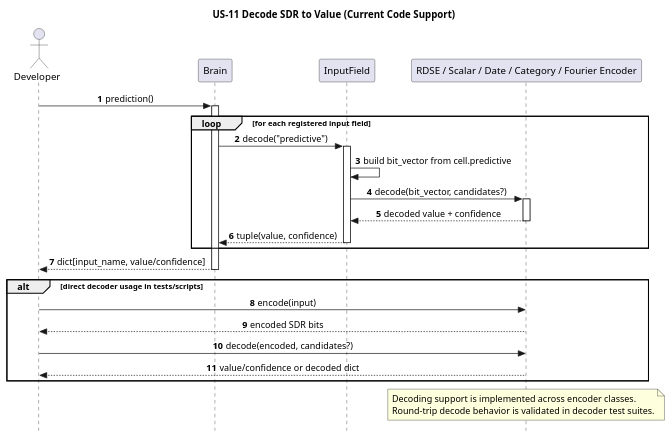
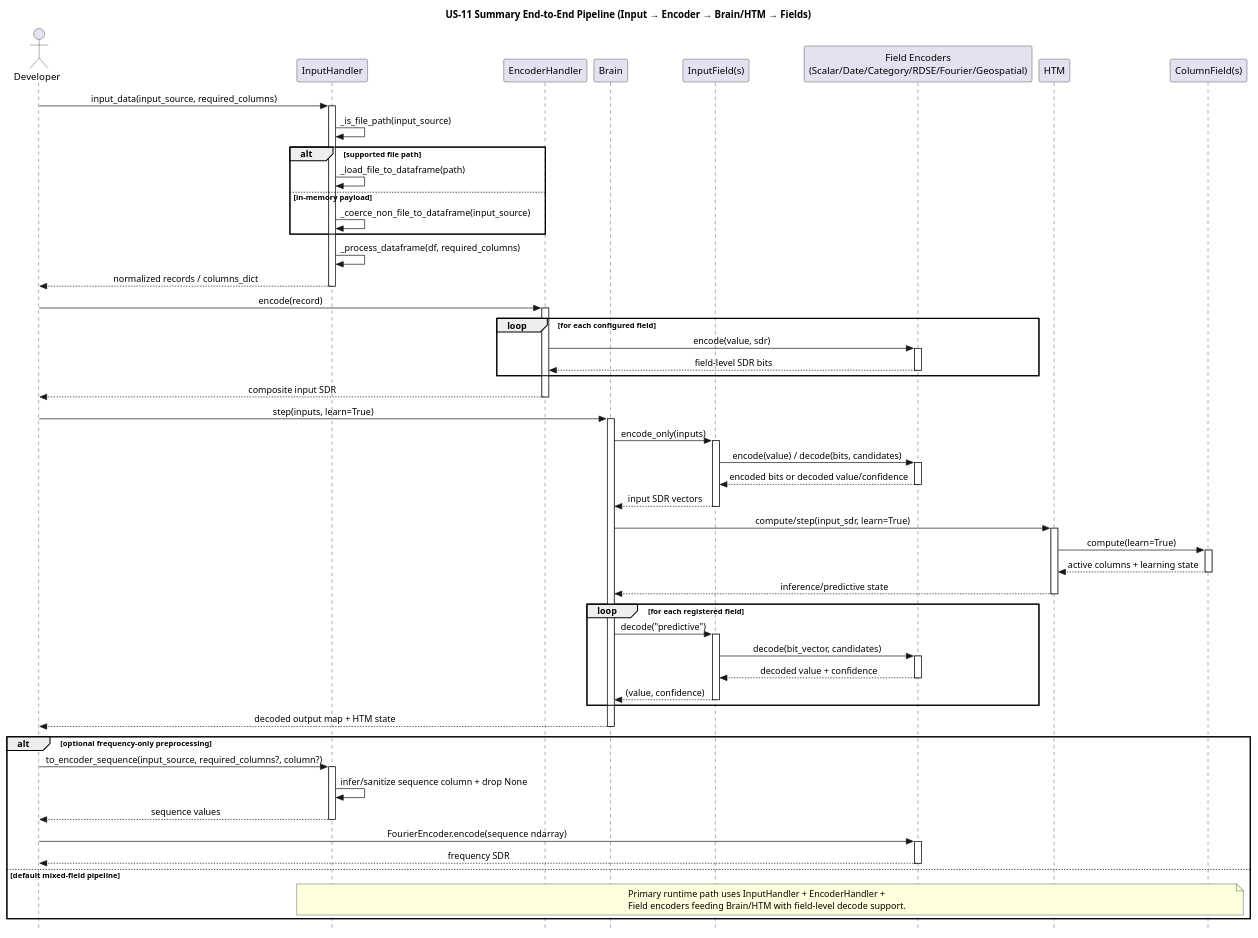
The diagram in docs/puml/US/us-11.puml (egrembocki/htmrl), drawn with PlantUML before and after one commit. The commit also changed 2 other files, not shown here.

Commit message:
updated uml

```diff
--- a/docs/puml/US/us-11.puml
+++ b/docs/puml/US/us-11.puml
@@ -1,41 +1,91 @@
 @startuml
 skinparam style strictuml
 skinparam sequenceMessageAlign center
 skinparam responseMessageBelowArrow true
-autonumber
 
-title US-11 Decode SDR to Value (Current Code Support)
+title US-11 Summary End-to-End Pipeline (Input → Encoder → Brain/HTM → Fields)
 
-actor "Developer" as Dev
+actor Developer
+participant "InputHandler" as IH
+participant "EncoderHandler" as EH
 participant "Brain" as BR
-participant "InputField" as IF
-participant "RDSE / Scalar / Date / Category / Fourier Encoder" as ENC
+participant "InputField(s)" as IF
+participant "Field Encoders\n(Scalar/Date/Category/RDSE/Fourier/Geospatial)" as FE
+participant "HTM" as HTM
+participant "ColumnField(s)" as CF
 
-Dev -> BR: prediction()
+Developer -> IH: input_data(input_source, required_columns)
+activate IH
+IH -> IH: _is_file_path(input_source)
+alt supported file path
+  IH -> IH: _load_file_to_dataframe(path)
+else in-memory payload
+  IH -> IH: _coerce_non_file_to_dataframe(input_source)
+end
+IH -> IH: _process_dataframe(df, required_columns)
+IH --> Developer: normalized records / columns_dict
+deactivate IH
+
+Developer -> EH: encode(record)
+activate EH
+loop for each configured field
+  EH -> FE: encode(value, sdr)
+  activate FE
+  FE --> EH: field-level SDR bits
+  deactivate FE
+end
+EH --> Developer: composite input SDR
+deactivate EH
+
+Developer -> BR: step(inputs, learn=True)
 activate BR
-loop for each registered input field
+BR -> IF: encode_only(inputs)
+activate IF
+IF -> FE: encode(value) / decode(bits, candidates)
+activate FE
+FE --> IF: encoded bits or decoded value/confidence
+deactivate FE
+IF --> BR: input SDR vectors
+deactivate IF
+
+BR -> HTM: compute/step(input_sdr, learn=True)
+activate HTM
+HTM -> CF: compute(learn=True)
+activate CF
+CF --> HTM: active columns + learning state
+deactivate CF
+HTM --> BR: inference/predictive state
+deactivate HTM
+
+loop for each registered field
   BR -> IF: decode("predictive")
   activate IF
-  IF -> IF: build bit_vector from cell.predictive
-  IF -> ENC: decode(bit_vector, candidates?)
-  activate ENC
-  ENC --> IF: decoded value + confidence
-  deactivate ENC
-  IF --> BR: tuple(value, confidence)
+  IF -> FE: decode(bit_vector, candidates)
+  activate FE
+  FE --> IF: decoded value + confidence
+  deactivate FE
+  IF --> BR: (value, confidence)
   deactivate IF
 end
-BR --> Dev: dict[input_name, value/confidence]
+
+BR --> Developer: decoded output map + HTM state
 deactivate BR
 
-alt direct decoder usage in tests/scripts
-  Dev -> ENC: encode(input)
-  ENC --> Dev: encoded SDR bits
-  Dev -> ENC: decode(encoded, candidates?)
-  ENC --> Dev: value/confidence or decoded dict
+alt optional frequency-only preprocessing
+  Developer -> IH: to_encoder_sequence(input_source, required_columns?, column?)
+  activate IH
+  IH -> IH: infer/sanitize sequence column + drop None
+  IH --> Developer: sequence values
+  deactivate IH
+
+  Developer -> FE: FourierEncoder.encode(sequence ndarray)
+  activate FE
+  FE --> Developer: frequency SDR
+  deactivate FE
+else default mixed-field pipeline
+  note over IH,CF
+    Primary runtime path uses InputHandler + EncoderHandler +
+    Field encoders feeding Brain/HTM with field-level decode support.
+  end note
 end
-
-note over ENC
-Decoding support is implemented across encoder classes.
-Round-trip decode behavior is validated in decoder test suites.
-end note
 @enduml
```
